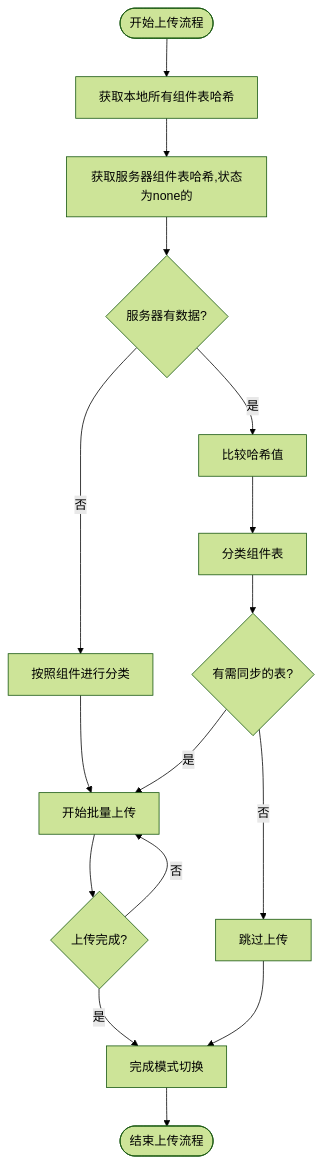
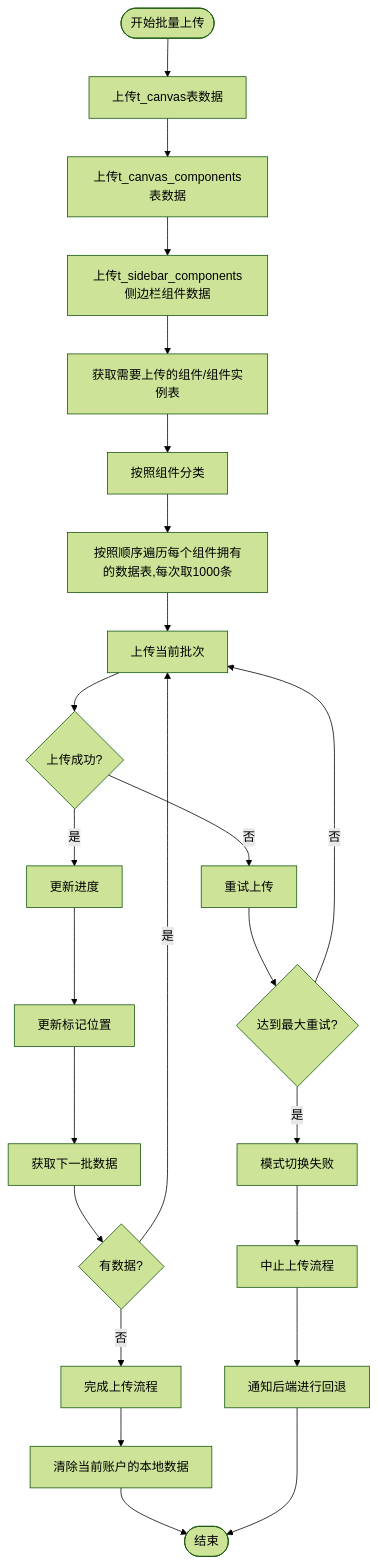
One commit to yingjianzh/iodraw-files changed the diagram in all/未命名-52.md. Above: the diagram before and after it, drawn with Mermaid (forest theme).

Commit message:
2025-05-09 09:37:41 update

````diff
--- a/all/未命名-52.md
+++ b/all/未命名-52.md
@@ -1,32 +1,36 @@
 ```mermaid
 
 flowchart TD
-    Start([开始上传流程]) --> CollectLocalHashes[获取本地所有组件表哈希]
-    CollectLocalHashes --> FetchServerHashes[获取服务器组件表哈希,状态为none的]
+    Start([开始批量上传]) --> UploadSpaceData[上传t_canvas表数据]
+    UploadSpaceData --> UploadComponentListData[上传t_canvas_components表数据]
+    UploadComponentListData --> UploadSiderComponent[上传t_sidebar_components侧边栏组件数据]
+    UploadSiderComponent --> FetchData[获取需要上传的组件/组件实例表]
+    FetchData --> ClassifyData[按照组件分类]
+    ClassifyData --> UploadData[按照顺序遍历每个组件拥有的数据表,每次取1000条]
+    UploadData --> UploadBatch[上传当前批次]
     
-    FetchServerHashes --> ServerHasData{服务器有数据?}
+    UpdateProgress --> UpdateMarker[更新标记位置]
+    UpdateMarker --> FetchNextBatch[获取下一批数据]
     
-    ServerHasData -->|是| CompareHashes[比较哈希值]
-    ServerHasData -->|否| ClassifyTables2[按照组件进行分类]
-    ClassifyTables2 --> StartBatching[开始批量上传]
-    
-    CompareHashes --> ClassifyTables[分类组件表]
-    ClassifyTables --> HasChanges{有需同步的表?}
-    
-    HasChanges -->|否| SkipUpload[跳过上传]
-    HasChanges -->|是| StartBatching
-    
-    StartBatching --> UploadComplete{上传完成?}
+    FetchNextBatch --> CheckResults{有数据?}
+    CheckResults -->|否| CompleteUpload[完成上传流程]
+    CheckResults -->|是| UploadBatch
 
 
-    UploadComplete -->|是| FinalizeMode[完成模式切换]
-    UploadComplete -->|否| StartBatching
-
     
+    UploadBatch --> UploadSuccess{上传成功?}
+    UploadSuccess -->|是| UpdateProgress[更新进度]
+    UploadSuccess -->|否| RetryUpload[重试上传]
     
-    FinalizeMode --> End([结束上传流程])
+    RetryUpload --> MaxRetries{达到最大重试?}
+    MaxRetries -->|否| UploadBatch
+    MaxRetries -->|是| ErrorHandling[模式切换失败]
     
-    SkipUpload --> FinalizeMode
-
+    ErrorHandling --> AbortProcess[中止上传流程]
+    AbortProcess --> ReportError[通知后端进行回退]
+    
+    CompleteUpload --> DeleteLocalData[清除当前账户的本地数据]
+    DeleteLocalData --> End([结束])
+    ReportError --> End
 
 ```
````
